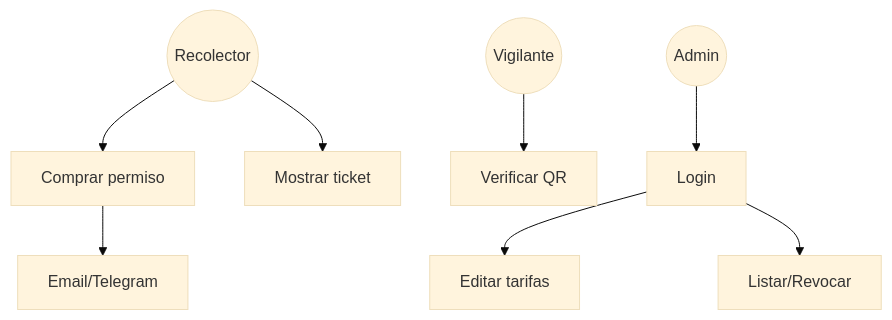
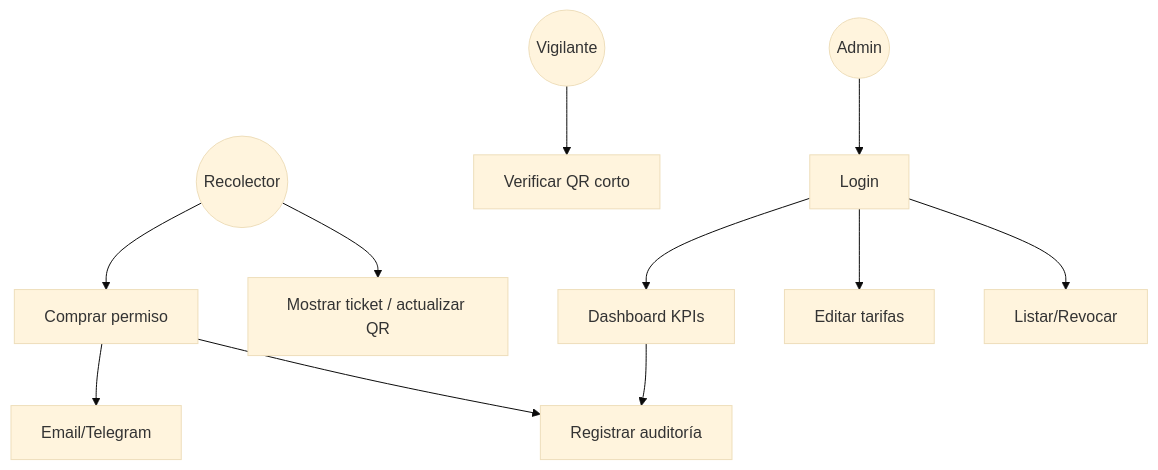
The fourth of 8 diagrams in docs/uml.md (gracobjo/cotoSetas), drawn with Mermaid (base theme) before and after one commit. The commit also changed other lines of this file and 18 other files, not shown here.

Commit message:
Añade dashboard de KPIs/auditoría y documenta el sistema v1.2.

````diff
--- a/docs/uml.md
+++ b/docs/uml.md
@@ -182,14 +235,17 @@
 ```mermaid
 flowchart TB
   R((Recolector))
   V((Vigilante))
   A((Admin))
 
   R --> Compra[Comprar permiso]
-  R --> Mostrar[Mostrar ticket]
+  R --> Mostrar[Mostrar ticket / actualizar QR]
   Compra --> Entrega[Email/Telegram]
-  V --> Verificar[Verificar QR]
+  Compra --> Audit[Registrar auditoría]
+  V --> Verificar[Verificar QR corto]
   A --> Login[Login]
+  Login --> KPIs[Dashboard KPIs]
   Login --> Tarifas[Editar tarifas]
   Login --> Auditoria[Listar/Revocar]
+  KPIs --> Audit
 ```
````
